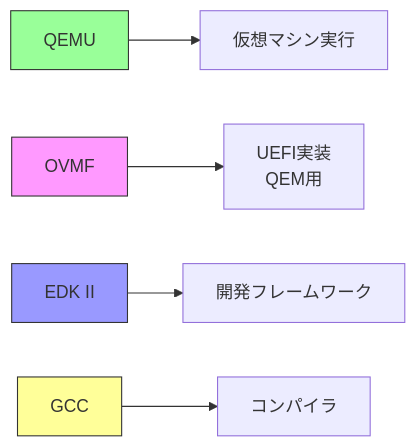
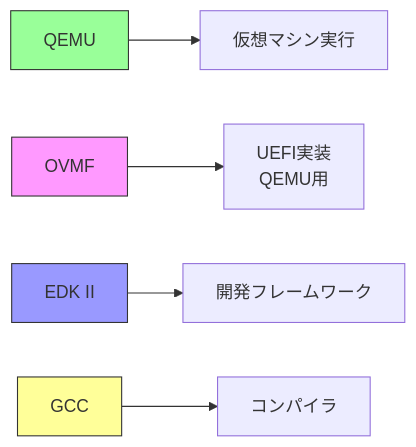
Before and after one commit to anjn/bios-introduction: diagram 12 of 12 in src/part0/04-learning-environment.md, drawn with Mermaid. The commit also changed other lines of this file and 9 other files, not shown here.

````diff
--- a/src/part0/04-learning-environment.md
+++ b/src/part0/04-learning-environment.md
@@ -436,12 +449,12 @@
 ```mermaid
 graph LR
     A[QEMU] --> A1[仮想マシン実行]
-    B[OVMF] --> B1[UEFI実装<br/>QEM用]
+    B[OVMF] --> B1[UEFI実装<br/>QEMU用]
     C[EDK II] --> C1[開発フレームワーク]
     D[GCC] --> D1[コンパイラ]
 
     style A fill:#9f9,stroke:#333
     style B fill:#f9f,stroke:#333
     style C fill:#99f,stroke:#333
     style D fill:#ff9,stroke:#333
 ```
````
